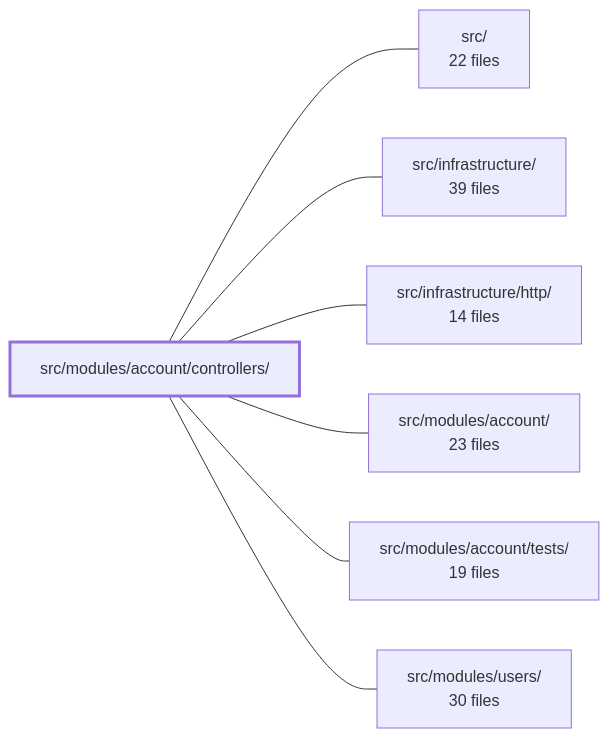
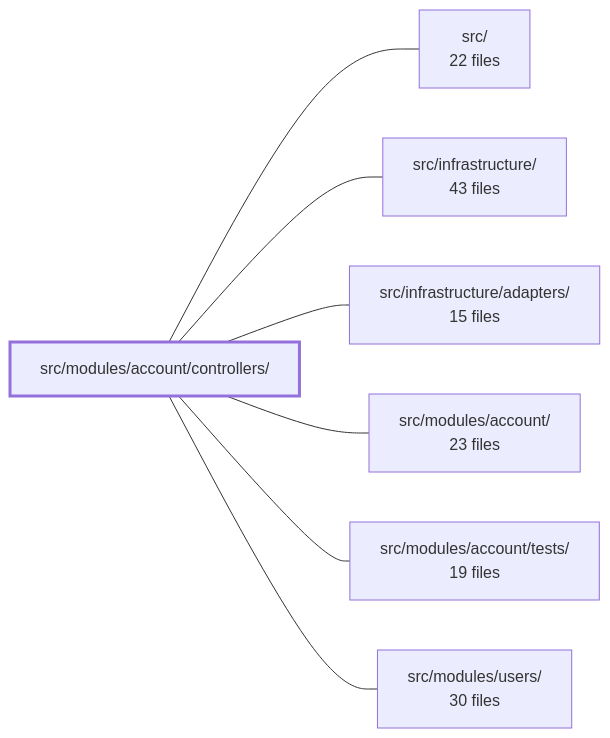
One commit to Guebbit/boilerplate-node-backend changed the diagram in .2repo/modules/boilerplate-node-backend_src_modules_account_controllers.md. Above: the diagram before and after it, drawn with Mermaid. The commit also changed other lines of this file and 625 other files, not shown here.

````diff
--- a/.2repo/modules/boilerplate-node-backend_src_modules_account_controllers.md
+++ b/.2repo/modules/boilerplate-node-backend_src_modules_account_controllers.md
@@ -40,17 +39,17 @@
 ```mermaid
 flowchart LR
     m_src_modules_account_controllers["src/modules/account/controllers/"]
     m_src["src/<br/>22 files"]
-    m_src_infrastructure["src/infrastructure/<br/>39 files"]
-    m_src_infrastructure_http["src/infrastructure/http/<br/>14 files"]
+    m_src_infrastructure["src/infrastructure/<br/>43 files"]
+    m_src_infrastructure_adapters["src/infrastructure/adapters/<br/>15 files"]
     m_src_modules_account["src/modules/account/<br/>23 files"]
     m_src_modules_account_tests["src/modules/account/tests/<br/>19 files"]
     m_src_modules_users["src/modules/users/<br/>30 files"]
     m_src_modules_account_controllers --- m_src
     m_src_modules_account_controllers --- m_src_infrastructure
-    m_src_modules_account_controllers --- m_src_infrastructure_http
+    m_src_modules_account_controllers --- m_src_infrastructure_adapters
     m_src_modules_account_controllers --- m_src_modules_account
     m_src_modules_account_controllers --- m_src_modules_account_tests
     m_src_modules_account_controllers --- m_src_modules_users
     style m_src_modules_account_controllers stroke-width:3px
 ```
````
